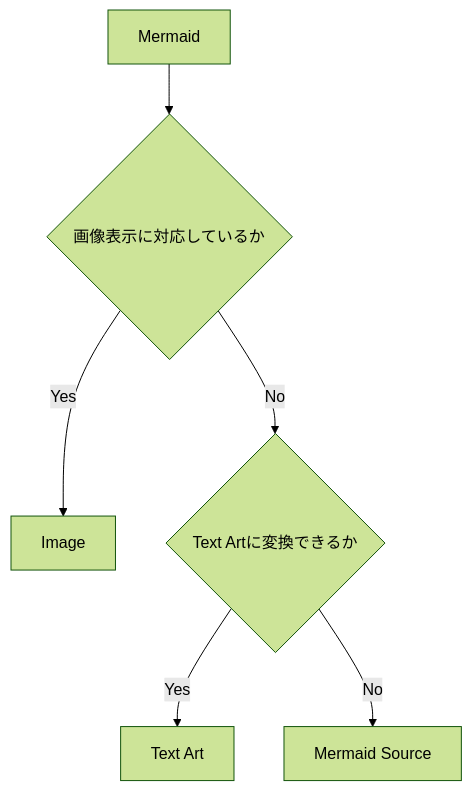
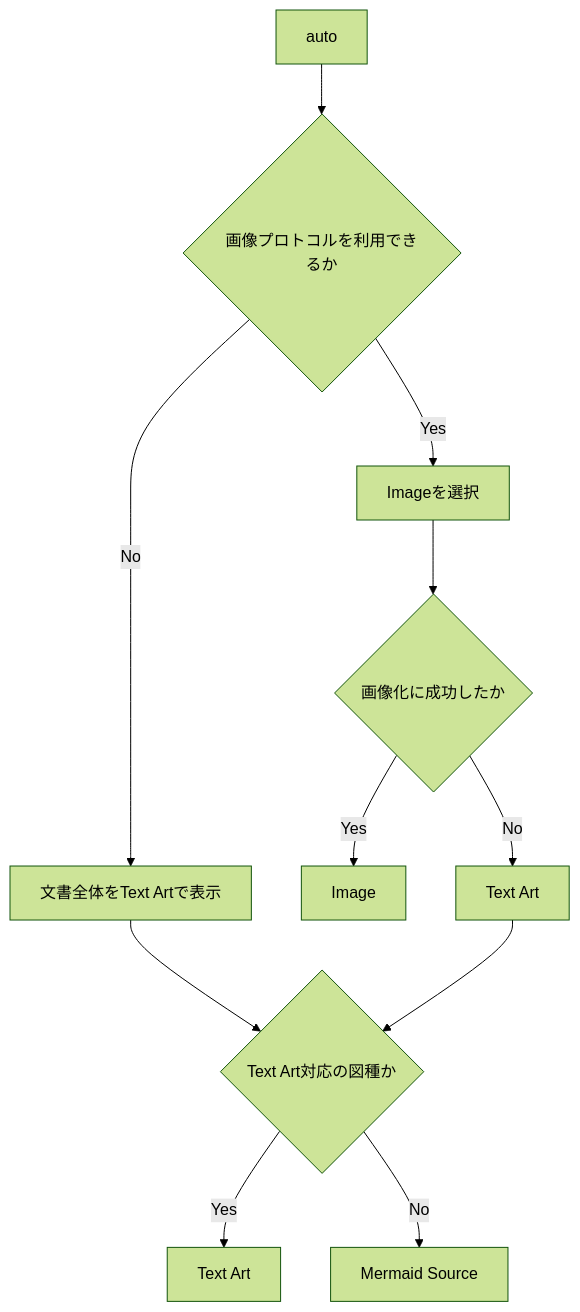
Before and after one commit to 135yshr/documents: the fourth of 9 diagrams in articles/4f6c7b8a9d0e12.md, drawn with Mermaid (forest theme). The commit also changed other lines of this file, not shown here.

````diff
--- a/articles/4f6c7b8a9d0e12.md
+++ b/articles/4f6c7b8a9d0e12.md
@@ -105,8 +109,13 @@
 ```mermaid
 flowchart TD
-    A[Mermaid] --> B{画像表示に対応しているか}
-    B -- Yes --> C[Image]
-    B -- No --> D{Text Artに変換できるか}
-    D -- Yes --> E[Text Art]
-    D -- No --> F[Mermaid Source]
+    A[auto] --> B{画像プロトコルを利用できるか}
+    B -- No --> C[文書全体をText Artで表示]
+    B -- Yes --> D[Imageを選択]
+    D --> E{画像化に成功したか}
+    E -- Yes --> F[Image]
+    E -- No --> G[Text Art]
+    C --> H{Text Art対応の図種か}
+    G --> H
+    H -- Yes --> I[Text Art]
+    H -- No --> J[Mermaid Source]
 ```
````
